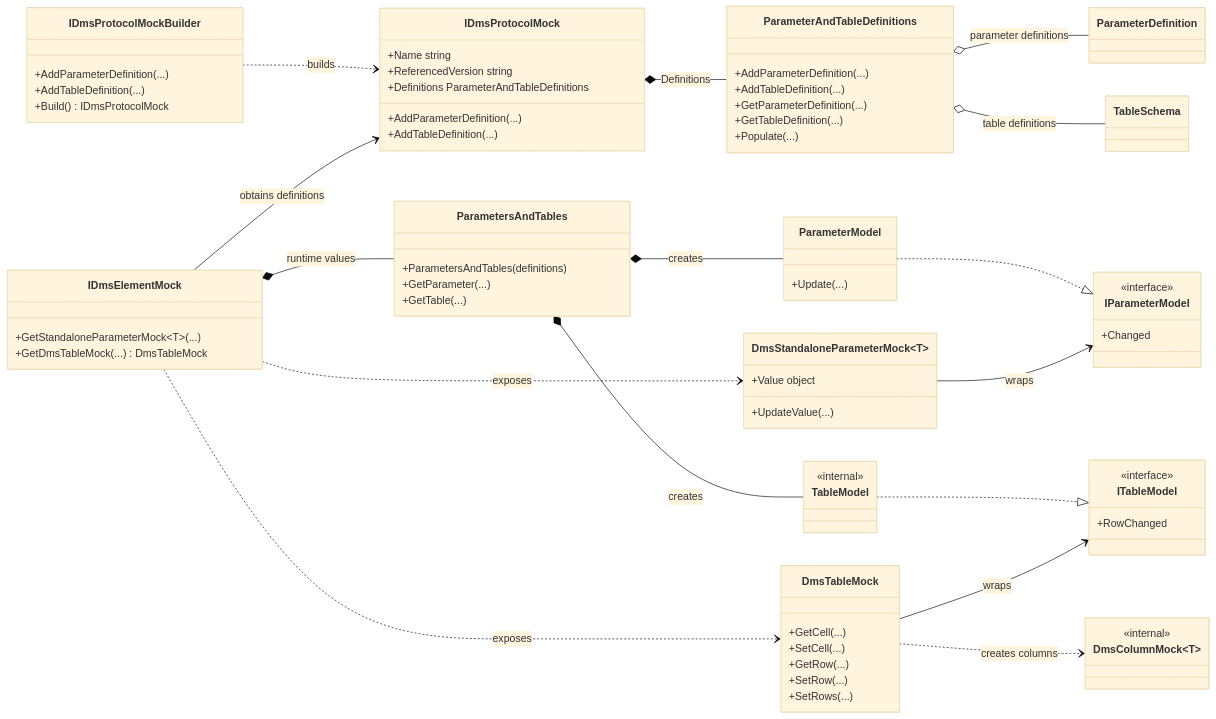
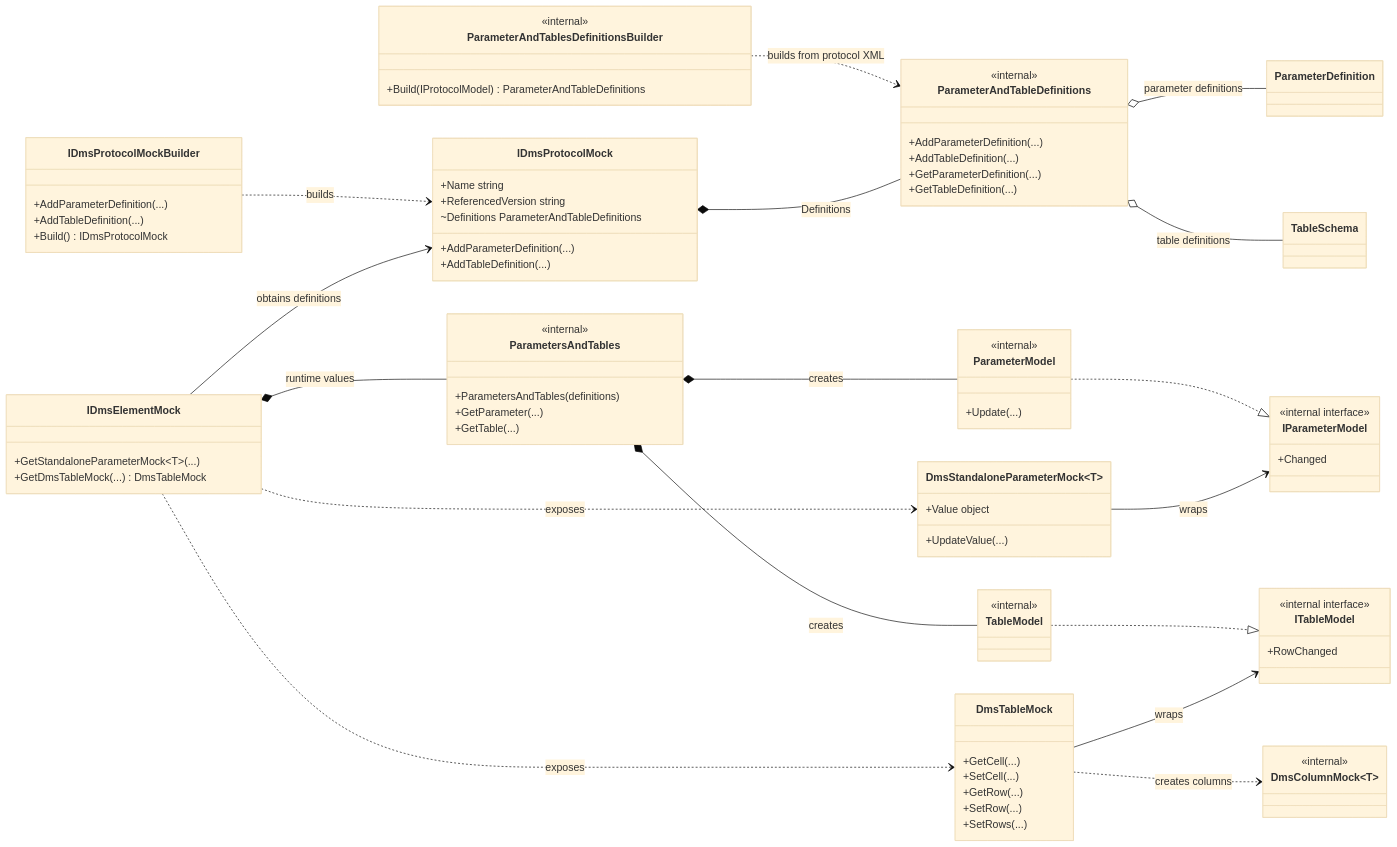
Before and after one commit to AminaBRSkyline/Skyline.DataMiner.Utils.UnitTestingFramework: the second of 3 diagrams in Utils.UnitTestingFramework.DataMinerSystem.Common/CLASS_DIAGRAM.md, drawn with Mermaid (base theme). The commit also changed other lines of this file and 44 other files, not shown here.

Commit message:
Address PR review feedback for protocol definitions and connection handling

```diff
--- a/Utils.UnitTestingFramework.DataMinerSystem.Common/CLASS_DIAGRAM.md
+++ b/Utils.UnitTestingFramework.DataMinerSystem.Common/CLASS_DIAGRAM.md
@@ -105,17 +105,22 @@
     class IDmsProtocolMock {
         +Name string
         +ReferencedVersion string
-        +Definitions ParameterAndTableDefinitions
+        ~Definitions ParameterAndTableDefinitions
         +AddParameterDefinition(...)
         +AddTableDefinition(...)
     }
 
+    class ParameterAndTablesDefinitionsBuilder {
+        <<internal>>
+        +Build(IProtocolModel) ParameterAndTableDefinitions
+    }
+
     class ParameterAndTableDefinitions {
+        <<internal>>
         +AddParameterDefinition(...)
         +AddTableDefinition(...)
         +GetParameterDefinition(...)
         +GetTableDefinition(...)
-        +Populate(...)
     }
 
     class ParameterDefinition
@@ -127,22 +132,24 @@
     }
 
     class ParametersAndTables {
+        <<internal>>
         +ParametersAndTables(definitions)
         +GetParameter(...)
         +GetTable(...)
     }
 
     class IParameterModel {
-        <<interface>>
+        <<internal interface>>
         +Changed
     }
 
     class ITableModel {
-        <<interface>>
+        <<internal interface>>
         +RowChanged
     }
 
     class ParameterModel {
+        <<internal>>
         +Update(...)
     }
 
@@ -168,6 +175,7 @@
     }
 
     IDmsProtocolMockBuilder ..> IDmsProtocolMock : builds
+    ParameterAndTablesDefinitionsBuilder ..> ParameterAndTableDefinitions : builds from protocol XML
     IDmsProtocolMock *-- ParameterAndTableDefinitions : Definitions
     ParameterAndTableDefinitions o-- ParameterDefinition : parameter definitions
     ParameterAndTableDefinitions o-- TableSchema : table definitions
```
